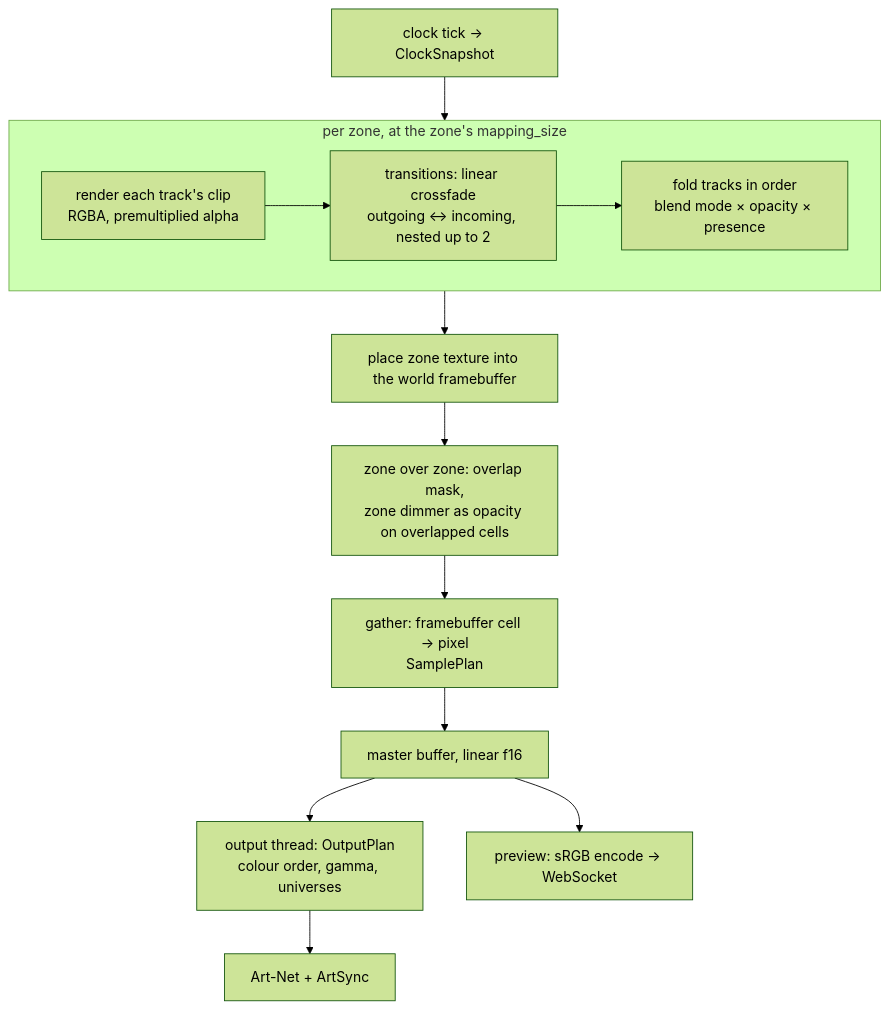
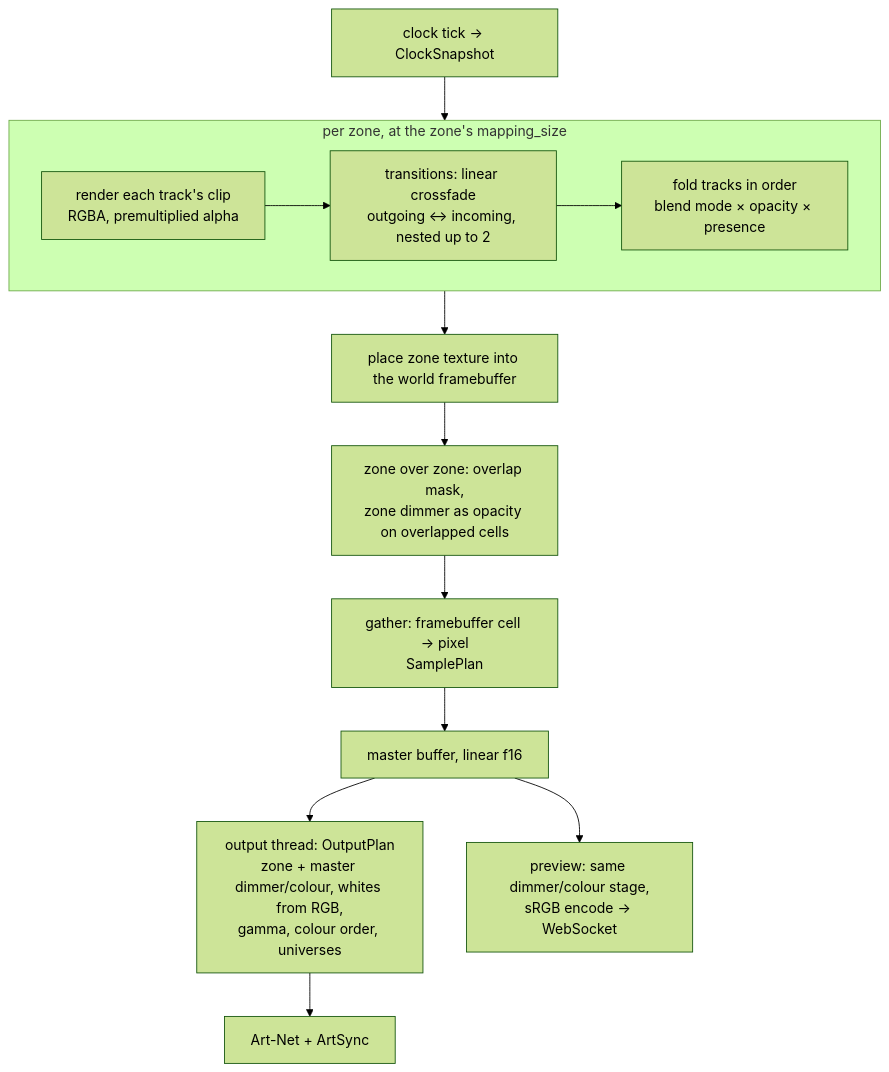
The fourth of 5 diagrams in ARCHITECTURE.md (roccba/prisma-lighting), drawn with Mermaid (forest theme) before and after one commit. The commit also changed other lines of this file, not shown here.

First line of the commit message:
ARCHITECTURE: match the code after live model phases 1-2b and whites

````diff
--- a/ARCHITECTURE.md
+++ b/ARCHITECTURE.md
@@ -178,21 +189,21 @@
 ```mermaid
 flowchart TB
     tick[clock tick → ClockSnapshot]
     subgraph zone [per zone, at the zone's mapping_size]
         fx[render each track's clip<br/>RGBA, premultiplied alpha]
         tr[transitions: linear crossfade<br/>outgoing ↔ incoming, nested up to 2]
         fold[fold tracks in order<br/>blend mode × opacity × presence]
         fx --> tr --> fold
     end
     place[place zone texture into the world framebuffer]
     over[zone over zone: overlap mask,<br/>zone dimmer as opacity on overlapped cells]
     gather[gather: framebuffer cell → pixel<br/>SamplePlan]
     master[master buffer, linear f16]
-    out[output thread: OutputPlan<br/>colour order, gamma, universes]
+    out[output thread: OutputPlan<br/>zone + master dimmer/colour, whites from RGB,<br/>gamma, colour order, universes]
     artnet[Art-Net + ArtSync]
-    prev[preview: sRGB encode → WebSocket]
+    prev[preview: same dimmer/colour stage,<br/>sRGB encode → WebSocket]
 
     tick --> zone --> place --> over --> gather --> master
     master --> out --> artnet
     master --> prev
 ```
````
